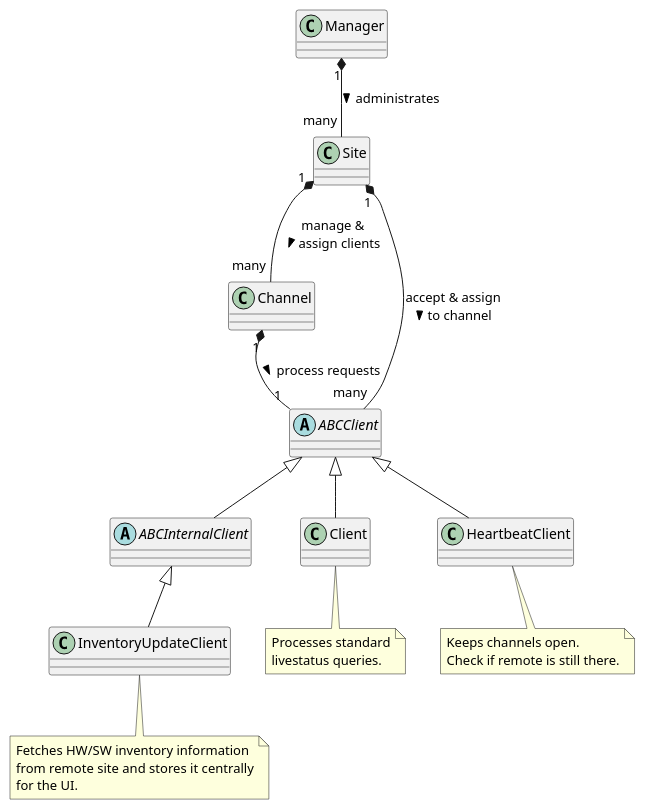
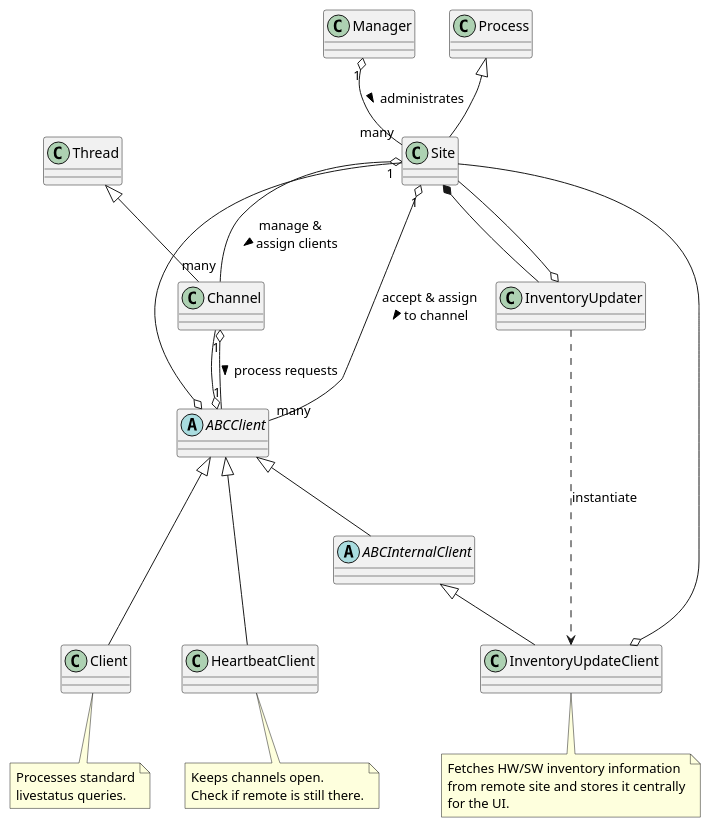
One commit to Checkmk/checkmk changed the diagram in doc/documentation/arch-comp-liveproxyd-classes.puml. Above: the diagram before and after it, drawn with PlantUML.

Commit message:
Add missing elem to liveproxy class diagram

```diff
--- a/doc/documentation/arch-comp-liveproxyd-classes.puml
+++ b/doc/documentation/arch-comp-liveproxyd-classes.puml
@@ -1,31 +1,37 @@
 @startuml
-
 class Manager
 class Site
 class Channel
 abstract class ABCClient
 abstract class ABCInternalClient extends ABCClient
-class Client extends ABCClient
-class HeartbeatClient extends ABCClient
 class InventoryUpdateClient extends ABCInternalClient
 
-Manager "1" *-- "many" Site : administrates >
-Site "1" *-- "many" Channel : manage &\nassign clients >
-Site "1" *-- "many" ABCClient : accept & assign\nto channel >
-Channel "1" *-- "1" ABCClient: process requests >
+Manager "1" o-- "many" Site : administrates >
+Process <|-- Site
+Site "1" o-- "many" Channel : manage &\nassign clients >
+Site "1" o-- "many" ABCClient : accept & assign\nto channel >
+Site *-- InventoryUpdater
+InventoryUpdater o-- Site
+InventoryUpdater ..> InventoryUpdateClient : instantiate
+InventoryUpdateClient o-- Site
+Channel "1" o-- "1" ABCClient: process requests >
+Thread <|-- Channel
+ABCClient o-- Site
+ABCClient o-- Channel
+ABCClient <|--- Client
+ABCClient <|--- HeartbeatClient
 
 note bottom of Client
   Processes standard
   livestatus queries.
 end note
 note bottom of HeartbeatClient
   Keeps channels open.
   Check if remote is still there.
 end note
 note bottom of InventoryUpdateClient
   Fetches HW/SW inventory information
   from remote site and stores it centrally
   for the UI.
 end note
-
 @enduml
```
